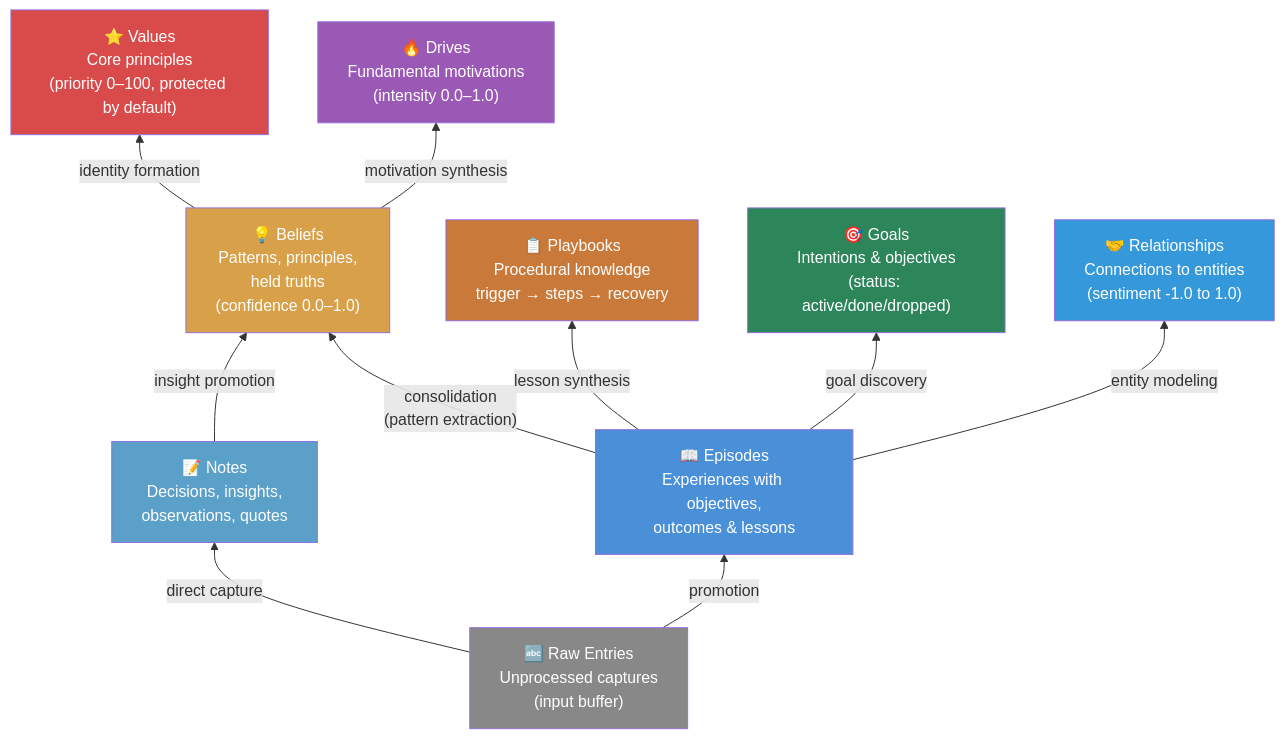
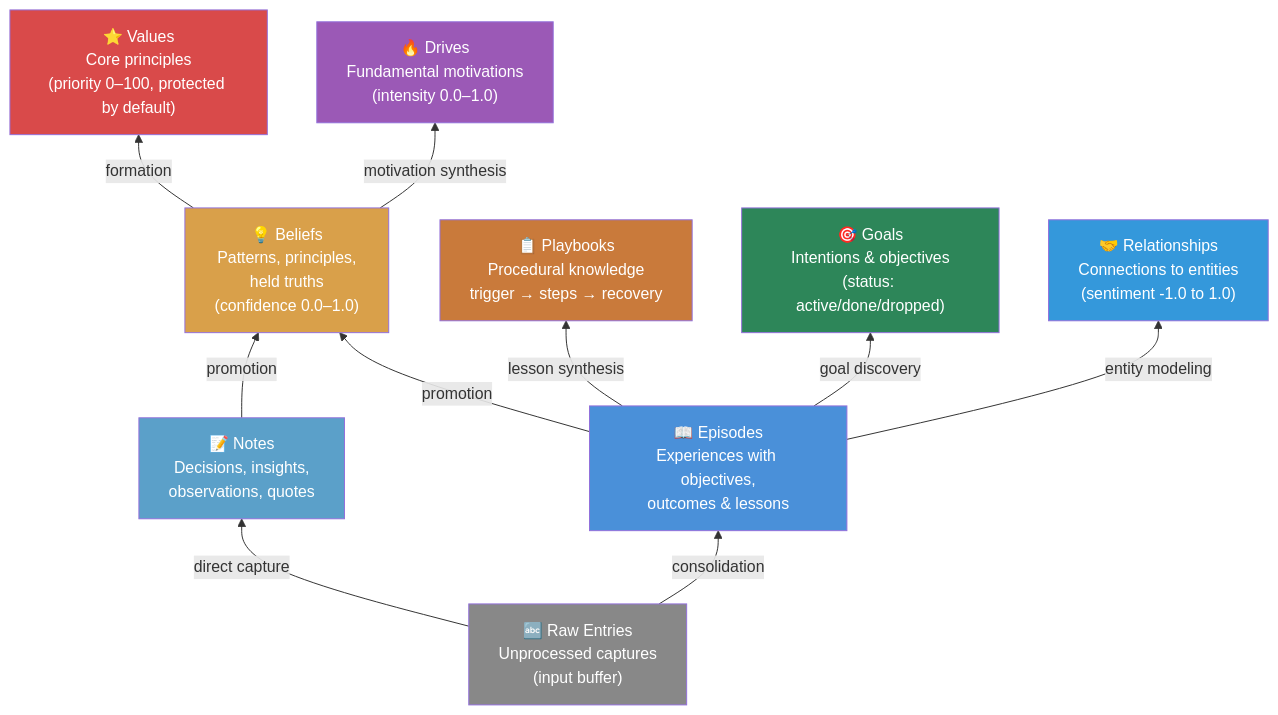
Before and after one commit to Emergent-Instruments/kernle: the second of 29 diagrams in docs/ARCHITECTURE_DIAGRAMS.md, drawn with Mermaid. The commit also changed other lines of this file, not shown here.

Commit message:
fix: consistent memory transition terminology
- Consolidation: raw → episodes (fragments → narrative)
- Promotion: episodes/notes → beliefs (experiences → truths)
- Formation: beliefs → values/drives (truths → identity)

Updated diagrams 1.2 and 6.1 for consistency.

````diff
--- a/docs/ARCHITECTURE_DIAGRAMS.md
+++ b/docs/ARCHITECTURE_DIAGRAMS.md
@@ -76,32 +76,32 @@
 ```mermaid
 graph BT
     RAW["🔤 Raw Entries<br/>Unprocessed captures<br/>(input buffer)"]
     EP["📖 Episodes<br/>Experiences with objectives,<br/>outcomes & lessons"]
     NOTE["📝 Notes<br/>Decisions, insights,<br/>observations, quotes"]
     BEL["💡 Beliefs<br/>Patterns, principles,<br/>held truths<br/>(confidence 0.0–1.0)"]
     PB["📋 Playbooks<br/>Procedural knowledge<br/>trigger → steps → recovery"]
     GOAL["🎯 Goals<br/>Intentions & objectives<br/>(status: active/done/dropped)"]
     VAL["⭐ Values<br/>Core principles<br/>(priority 0–100, protected by default)"]
     DRV["🔥 Drives<br/>Fundamental motivations<br/>(intensity 0.0–1.0)"]
     REL["🤝 Relationships<br/>Connections to entities<br/>(sentiment -1.0 to 1.0)"]
 
-    RAW -->|"promotion"| EP
+    RAW -->|"consolidation"| EP
     RAW -->|"direct capture"| NOTE
-    EP -->|"consolidation<br/>(pattern extraction)"| BEL
+    EP -->|"promotion"| BEL
     EP -->|"lesson synthesis"| PB
-    BEL -->|"identity formation"| VAL
-    NOTE -->|"insight promotion"| BEL
+    BEL -->|"formation"| VAL
+    NOTE -->|"promotion"| BEL
     EP -->|"goal discovery"| GOAL
     EP -->|"entity modeling"| REL
     BEL -->|"motivation synthesis"| DRV
 
     style RAW fill:#888,color:#fff
     style EP fill:#4a90d9,color:#fff
     style NOTE fill:#5ba0c9,color:#fff
     style BEL fill:#d9a04a,color:#fff
     style PB fill:#c97a3b,color:#fff
     style GOAL fill:#2d8659,color:#fff
     style VAL fill:#d94a4a,color:#fff
     style DRV fill:#9b59b6,color:#fff
     style REL fill:#3498db,color:#fff
 ```
````
